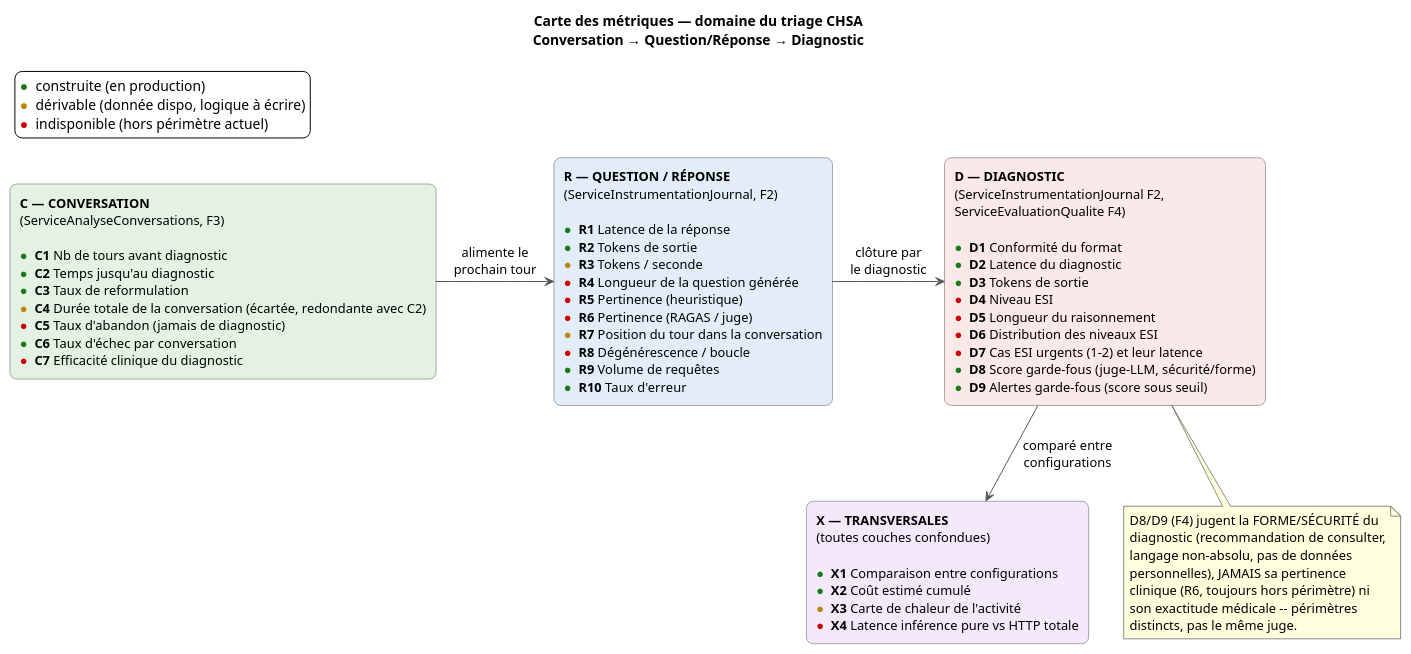
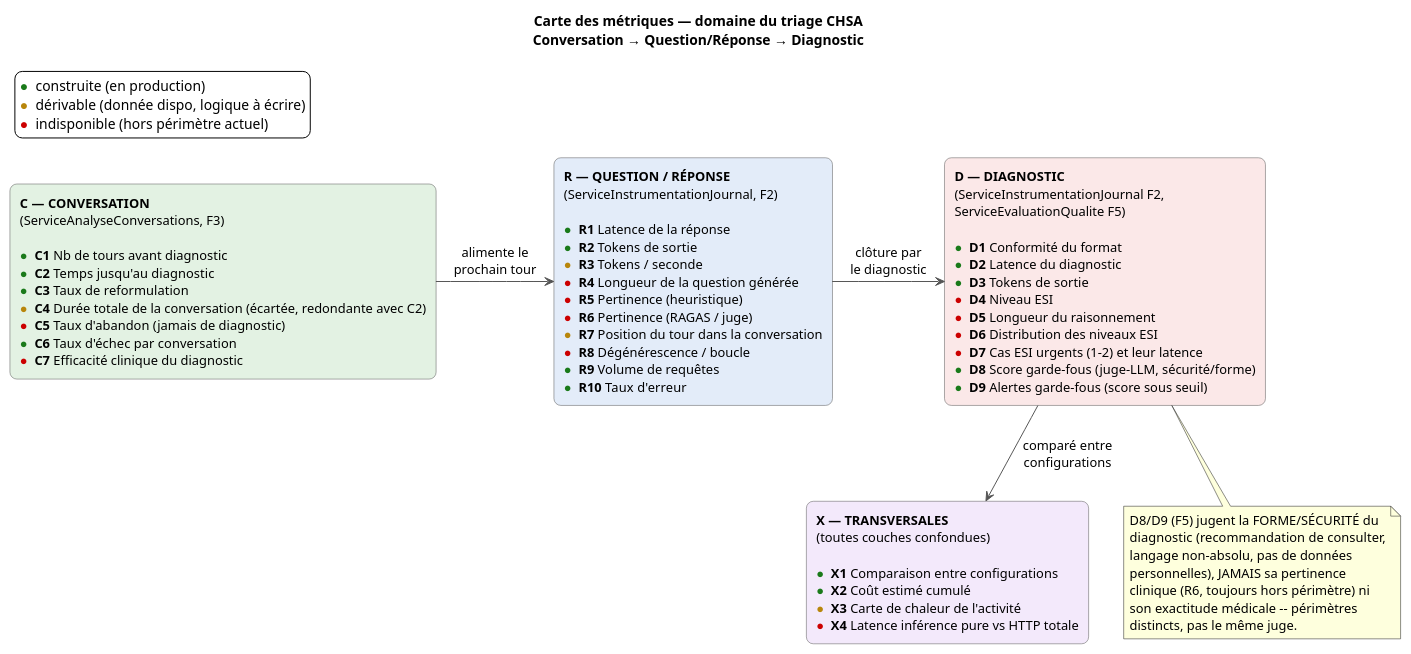
Before and after one commit to racemartin/m15_ocr: the diagram in docs/diagrams/mapa_metricas_triage.puml, drawn with PlantUML. The commit also changed 32 other files, not shown here.

Commit message:
docs: corriger le decoupage PDF des diagrammes et retirer LogTool

```diff
--- a/docs/diagrams/mapa_metricas_triage.puml
+++ b/docs/diagrams/mapa_metricas_triage.puml
@@ -1,43 +1,43 @@
 @startuml mapa_metricas_triage
 allowmixing
 skinparam backgroundColor white
 skinparam defaultFontName Helvetica
 skinparam defaultFontSize 13
 skinparam shadowing false
 skinparam ArrowColor #555555
 skinparam rectangle {
   RoundCorner 14
   BorderColor #555555
 }
 
 title Carte des métriques — domaine du triage CHSA\nConversation → Question/Réponse → Diagnostic
 
 legend top left
   <color:#1A7A1A>●</color> construite (en production)
   <color:#B8860B>●</color> dérivable (donnée dispo, logique à écrire)
   <color:#CC0000>●</color> indisponible (hors périmètre actuel)
 endlegend
 
 rectangle "**C — CONVERSATION**\n(ServiceAnalyseConversations, F3)\n\n<color:#1A7A1A>●</color> **C1** Nb de tours avant diagnostic\n<color:#1A7A1A>●</color> **C2** Temps jusqu'au diagnostic\n<color:#1A7A1A>●</color> **C3** Taux de reformulation\n<color:#B8860B>●</color> **C4** Durée totale de la conversation (écartée, redondante avec C2)\n<color:#CC0000>●</color> **C5** Taux d'abandon (jamais de diagnostic)\n<color:#1A7A1A>●</color> **C6** Taux d'échec par conversation\n<color:#CC0000>●</color> **C7** Efficacité clinique du diagnostic" as C #E3F2E3
 
 rectangle "**R — QUESTION / RÉPONSE**\n(ServiceInstrumentationJournal, F2)\n\n<color:#1A7A1A>●</color> **R1** Latence de la réponse\n<color:#1A7A1A>●</color> **R2** Tokens de sortie\n<color:#B8860B>●</color> **R3** Tokens / seconde\n<color:#CC0000>●</color> **R4** Longueur de la question générée\n<color:#CC0000>●</color> **R5** Pertinence (heuristique)\n<color:#CC0000>●</color> **R6** Pertinence (RAGAS / juge)\n<color:#B8860B>●</color> **R7** Position du tour dans la conversation\n<color:#CC0000>●</color> **R8** Dégénérescence / boucle\n<color:#1A7A1A>●</color> **R9** Volume de requêtes\n<color:#1A7A1A>●</color> **R10** Taux d'erreur" as R #E3ECF9
 
-rectangle "**D — DIAGNOSTIC**\n(ServiceInstrumentationJournal F2,\nServiceEvaluationQualite F4)\n\n<color:#1A7A1A>●</color> **D1** Conformité du format\n<color:#1A7A1A>●</color> **D2** Latence du diagnostic\n<color:#1A7A1A>●</color> **D3** Tokens de sortie\n<color:#CC0000>●</color> **D4** Niveau ESI\n<color:#CC0000>●</color> **D5** Longueur du raisonnement\n<color:#CC0000>●</color> **D6** Distribution des niveaux ESI\n<color:#CC0000>●</color> **D7** Cas ESI urgents (1-2) et leur latence\n<color:#1A7A1A>●</color> **D8** Score garde-fous (juge-LLM, sécurité/forme)\n<color:#1A7A1A>●</color> **D9** Alertes garde-fous (score sous seuil)" as D #FBE8E8
+rectangle "**D — DIAGNOSTIC**\n(ServiceInstrumentationJournal F2,\nServiceEvaluationQualite F5)\n\n<color:#1A7A1A>●</color> **D1** Conformité du format\n<color:#1A7A1A>●</color> **D2** Latence du diagnostic\n<color:#1A7A1A>●</color> **D3** Tokens de sortie\n<color:#CC0000>●</color> **D4** Niveau ESI\n<color:#CC0000>●</color> **D5** Longueur du raisonnement\n<color:#CC0000>●</color> **D6** Distribution des niveaux ESI\n<color:#CC0000>●</color> **D7** Cas ESI urgents (1-2) et leur latence\n<color:#1A7A1A>●</color> **D8** Score garde-fous (juge-LLM, sécurité/forme)\n<color:#1A7A1A>●</color> **D9** Alertes garde-fous (score sous seuil)" as D #FBE8E8
 
 rectangle "**X — TRANSVERSALES**\n(toutes couches confondues)\n\n<color:#1A7A1A>●</color> **X1** Comparaison entre configurations\n<color:#1A7A1A>●</color> **X2** Coût estimé cumulé\n<color:#B8860B>●</color> **X3** Carte de chaleur de l'activité\n<color:#CC0000>●</color> **X4** Latence inférence pure vs HTTP totale" as X #F3E9FB
 
 C -right-> R : alimente le\nprochain tour
 R -right-> D : clôture par\nle diagnostic
 D -down-> X : comparé entre\nconfigurations
 
 note bottom of D
-  D8/D9 (F4) jugent la FORME/SÉCURITÉ du
+  D8/D9 (F5) jugent la FORME/SÉCURITÉ du
   diagnostic (recommandation de consulter,
   langage non-absolu, pas de données
   personnelles), JAMAIS sa pertinence
   clinique (R6, toujours hors périmètre) ni
   son exactitude médicale -- périmètres
   distincts, pas le même juge.
 end note
 
 @enduml
```
